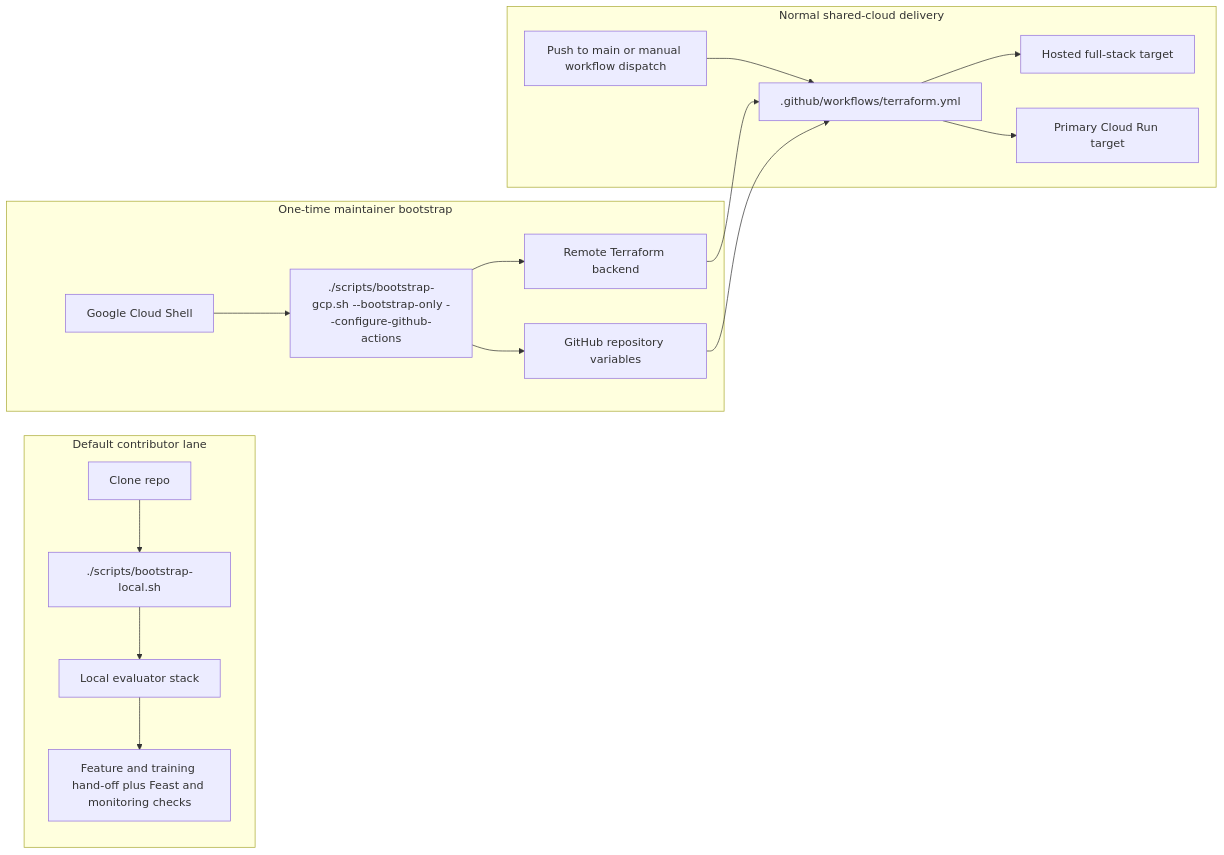
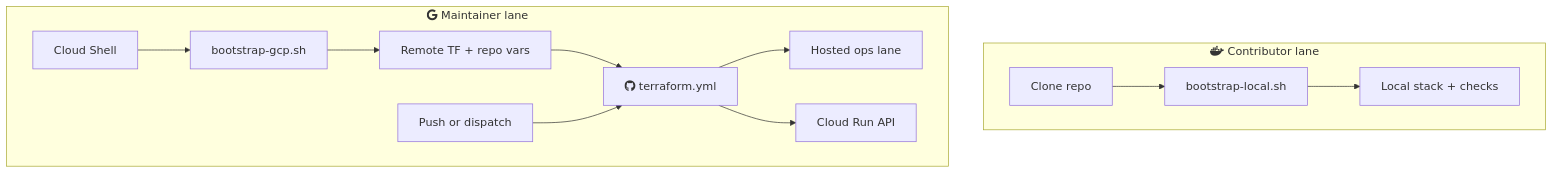
One commit to javihslu/foehncast changed the first of 2 diagrams in docs/site/system/delivery-and-operator-workflow.md. Above: the diagram before and after it, drawn with Mermaid. The commit also changed other lines of this file and 22 other files, not shown here.

Commit message:
docs(site): simplify Mermaid diagrams

```diff
--- a/docs/site/system/delivery-and-operator-workflow.md
+++ b/docs/site/system/delivery-and-operator-workflow.md
@@ -13,33 +13,25 @@
 <div class="mermaid">
-flowchart LR
-    subgraph Local[Default contributor lane]
-        CLONE[Clone repo]
-        LOCAL[./scripts/bootstrap-local.sh]
-        LSTACK[Local evaluator stack]
-        LVERIFY[Feature and training hand-off plus Feast and monitoring checks]
+flowchart TD
+    subgraph Local["fab:fa-docker Contributor lane"]
+        direction LR
+        CLONE["Clone repo"]
+        LOCAL["bootstrap-local.sh"]
+        LVERIFY["Local stack + checks"]
+        CLONE --> LOCAL --> LVERIFY
     end
 
-    subgraph Bootstrap[One-time maintainer bootstrap]
-        SHELL[Google Cloud Shell]
-        BGCP[./scripts/bootstrap-gcp.sh --bootstrap-only --configure-github-actions]
-        BACKEND[Remote Terraform backend]
-        VARS[GitHub repository variables]
+    subgraph Maintainer["fab:fa-google Maintainer lane"]
+        direction LR
+        SHELL["Cloud Shell"]
+        BGCP["bootstrap-gcp.sh"]
+        HANDOFF["Remote TF + repo vars"]
+        PUSH["Push or dispatch"]
+        TFWF["fab:fa-github terraform.yml"]
+        HOST["Hosted ops lane"]
+        RUN["Cloud Run API"]
+        SHELL --> BGCP --> HANDOFF --> TFWF
+        PUSH --> TFWF
+        TFWF --> HOST
+        TFWF --> RUN
     end
-
-    subgraph Remote[Normal shared-cloud delivery]
-        PUSH[Push to main or manual workflow dispatch]
-        TFWF[.github/workflows/terraform.yml]
-        HOST[Hosted full-stack target]
-        RUN[Primary Cloud Run target]
-    end
-
-    CLONE --> LOCAL --> LSTACK --> LVERIFY
-    SHELL --> BGCP
-    BGCP --> BACKEND
-    BGCP --> VARS
-    PUSH --> TFWF
-    BACKEND --> TFWF
-    VARS --> TFWF
-    TFWF --> HOST
-    TFWF --> RUN
 </div>
```
